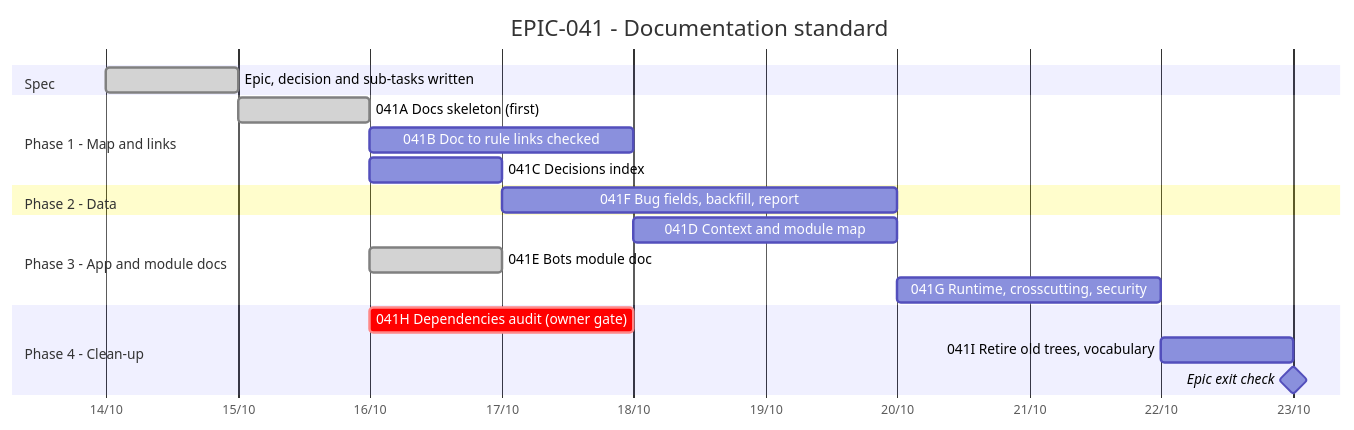
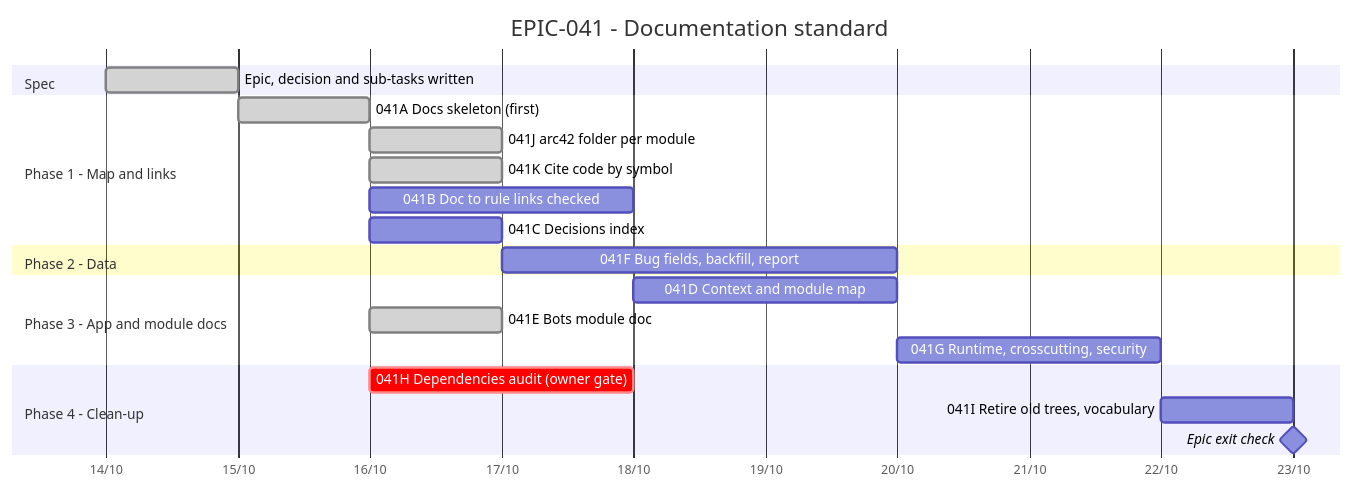
The diagram in Tasks/epics/EPIC-041_documentation_standard/TRACKING.md (anhembedded/Sagittarius_Elite_Warrior), drawn with Mermaid before and after one commit. The commit also changed other lines of this file and 16 other files, not shown here.

````diff
--- a/Tasks/epics/EPIC-041_documentation_standard/TRACKING.md
+++ b/Tasks/epics/EPIC-041_documentation_standard/TRACKING.md
@@ -14,27 +14,29 @@
 ```mermaid
 gantt
     title EPIC-041 - Documentation standard
     dateFormat  YYYY-MM-DD
     axisFormat  %d/%m
 
     section Spec
     Epic, decision and sub-tasks written  :done,    s1, 2026-10-14, 1d
 
     section Phase 1 - Map and links
     041A Docs skeleton (first)           :done,    a, after s1, 1d
+    041J arc42 folder per module         :done,    j, 2026-10-16, 1d
+    041K Cite code by symbol             :done,    k, 2026-10-16, 1d
     041B Doc to rule links checked        :         b, after a, 2d
     041C Decisions index                  :         c, after a, 1d
 
     section Phase 2 - Data
     041F Bug fields, backfill, report     :         f, after c, 3d
 
     section Phase 3 - App and module docs
     041D Context and module map           :         d, after b, 2d
     041E Bots module doc                  :done,    e, 2026-10-16, 1d
     041G Runtime, crosscutting, security  :         g, after d, 2d
 
     section Phase 4 - Clean-up
     041H Dependencies audit (owner gate)  :crit,    h, after a, 2d
     041I Retire old trees, vocabulary     :         i, after e g, 1d
     Epic exit check                       :milestone, m, after i, 0d
 ```
````
